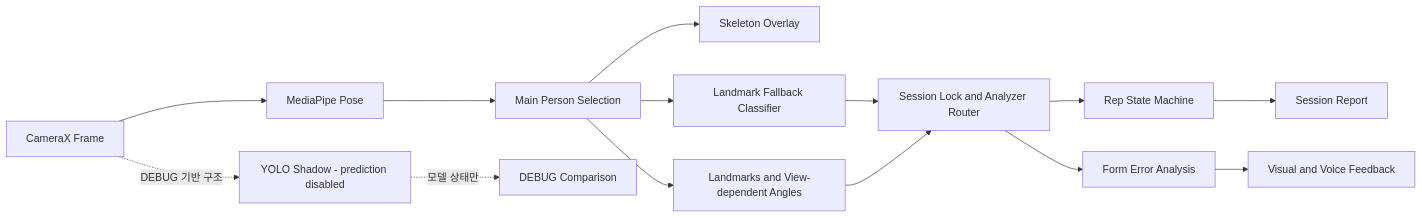
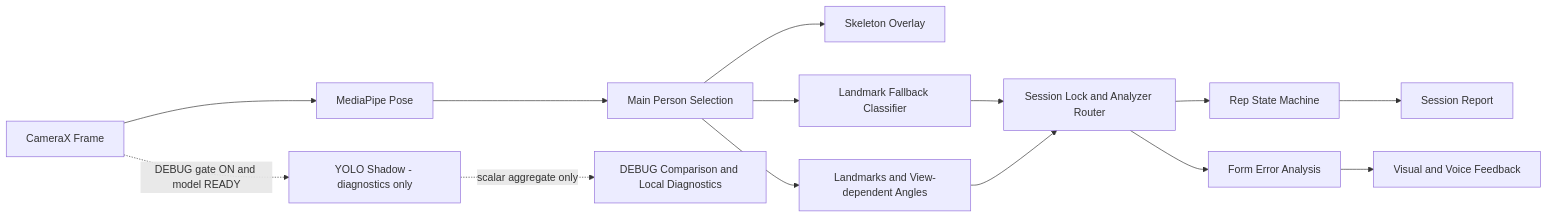
Before and after one commit to WhiteBearCode02/ArPtApp: the first of 2 diagrams in README.md, drawn with Mermaid. The commit also changed other lines of this file and 41 other files, not shown here.

First line of the commit message:
EXP02 계약 검증과 DEBUG Shadow 실행 게이트 분리

````diff
--- a/README.md
+++ b/README.md
@@ -86,16 +86,16 @@
 ```mermaid
 flowchart LR
     CAM[CameraX Frame] --> POSE[MediaPipe Pose]
-    CAM -. DEBUG 기반 구조 .-> YOLO[YOLO Shadow - prediction disabled]
+    CAM -. DEBUG gate ON and model READY .-> YOLO[YOLO Shadow - diagnostics only]
     POSE --> PERSON[Main Person Selection]
     PERSON --> OVERLAY[Skeleton Overlay]
     PERSON --> JOINT[Landmarks and View-dependent Angles]
     PERSON --> FALLBACK[Landmark Fallback Classifier]
-    YOLO -. 모델 상태만 .-> DIAG[DEBUG Comparison]
+    YOLO -. scalar aggregate only .-> DIAG[DEBUG Comparison and Local Diagnostics]
     FALLBACK --> ROUTER[Session Lock and Analyzer Router]
     JOINT --> ROUTER
     ROUTER --> STATE[Rep State Machine]
     ROUTER --> FORM[Form Error Analysis]
     STATE --> REPORT[Session Report]
     FORM --> FEEDBACK[Visual and Voice Feedback]
 ```
````
